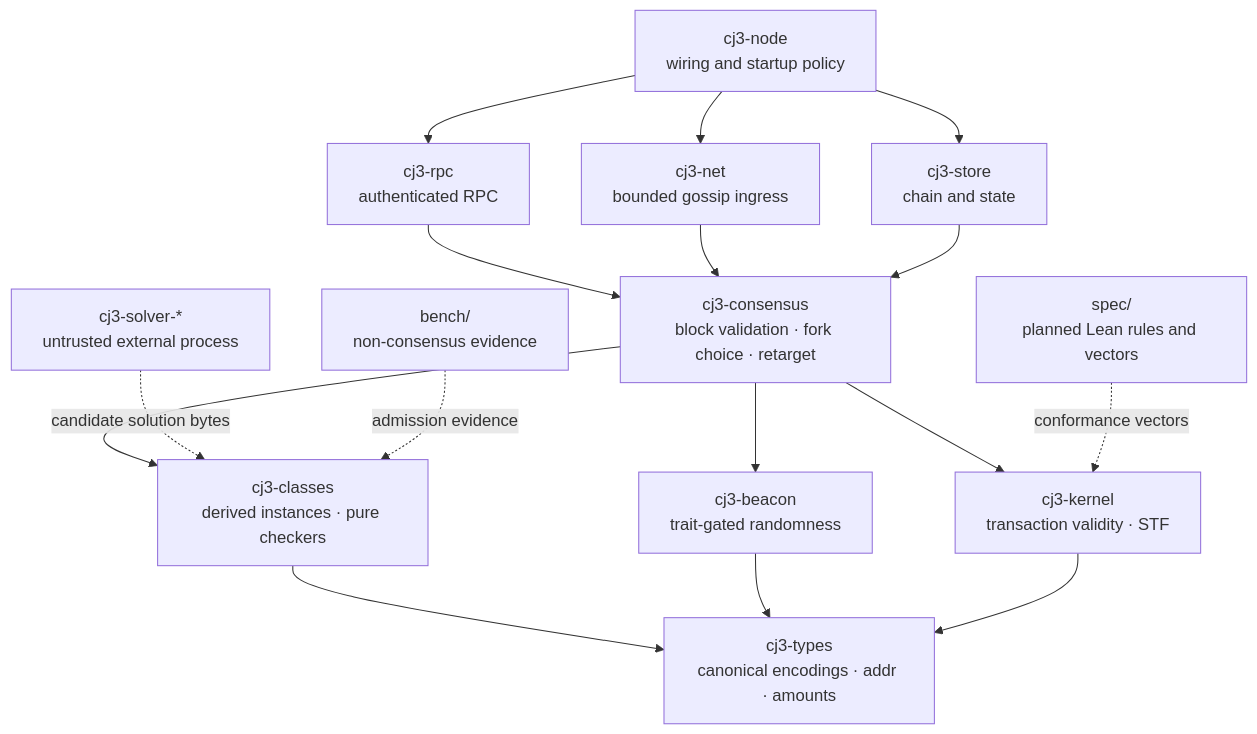
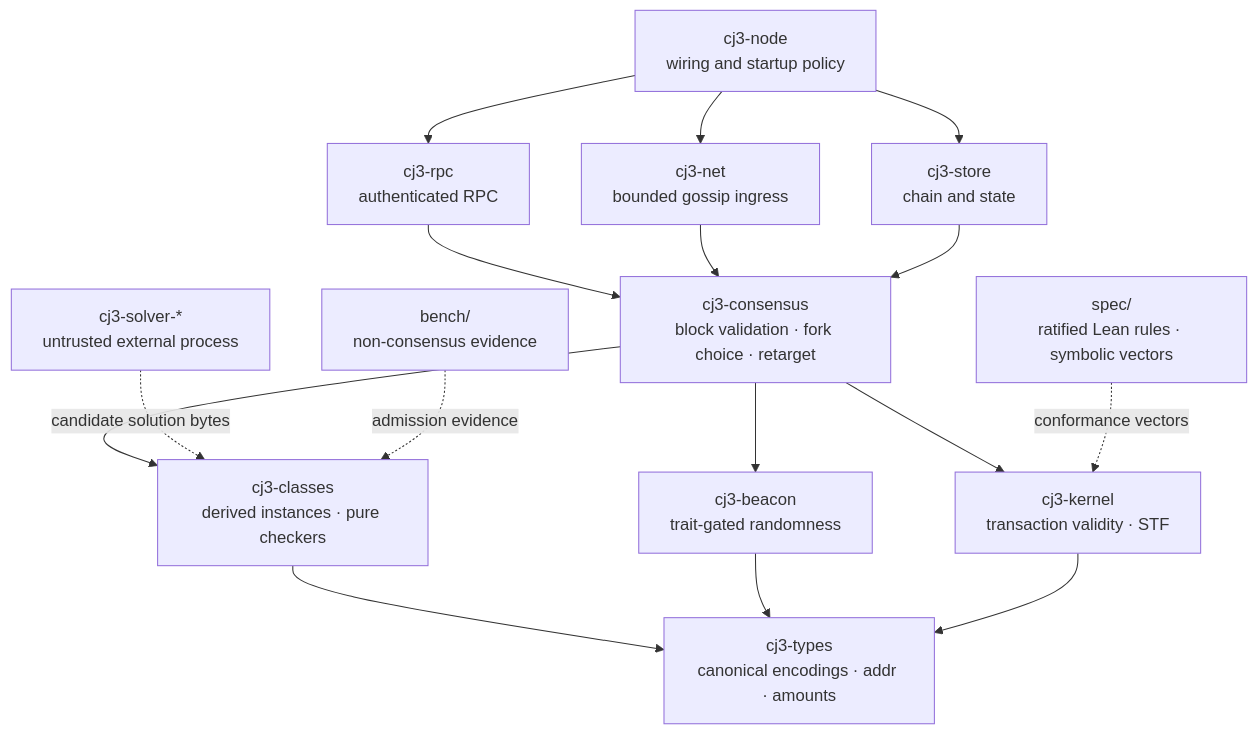
The diagram in README.md (Quigles1337/COINjecture3.0), drawn with Mermaid before and after one commit. The commit also changed other lines of this file and 33 other files, not shown here.

````diff
--- a/README.md
+++ b/README.md
@@ -101,31 +101,31 @@
 ```mermaid
 flowchart TB
     Solver["cj3-solver-*<br/>untrusted external process"]
     Node["cj3-node<br/>wiring and startup policy"]
     RPC["cj3-rpc<br/>authenticated RPC"]
     Net["cj3-net<br/>bounded gossip ingress"]
     Store["cj3-store<br/>chain and state"]
     Consensus["cj3-consensus<br/>block validation · fork choice · retarget"]
     Classes["cj3-classes<br/>derived instances · pure checkers"]
     Beacon["cj3-beacon<br/>trait-gated randomness"]
     Kernel["cj3-kernel<br/>transaction validity · STF"]
     Types["cj3-types<br/>canonical encodings · addr · amounts"]
-    Lean["spec/<br/>planned Lean rules and vectors"]
+    Lean["spec/<br/>ratified Lean rules · symbolic vectors"]
     Bench["bench/<br/>non-consensus evidence"]
 
     Node --> RPC
     Node --> Net
     Node --> Store
     RPC --> Consensus
     Net --> Consensus
     Store --> Consensus
     Consensus --> Classes
     Consensus --> Beacon
     Consensus --> Kernel
     Classes --> Types
     Beacon --> Types
     Kernel --> Types
     Solver -. "candidate solution bytes" .-> Classes
     Lean -. "conformance vectors" .-> Kernel
     Bench -. "admission evidence" .-> Classes
 ```
````
